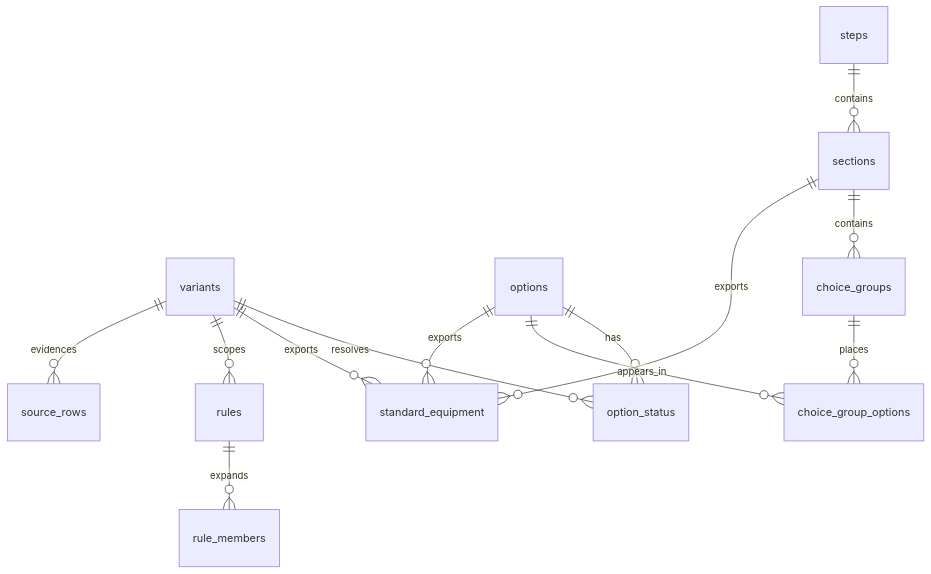
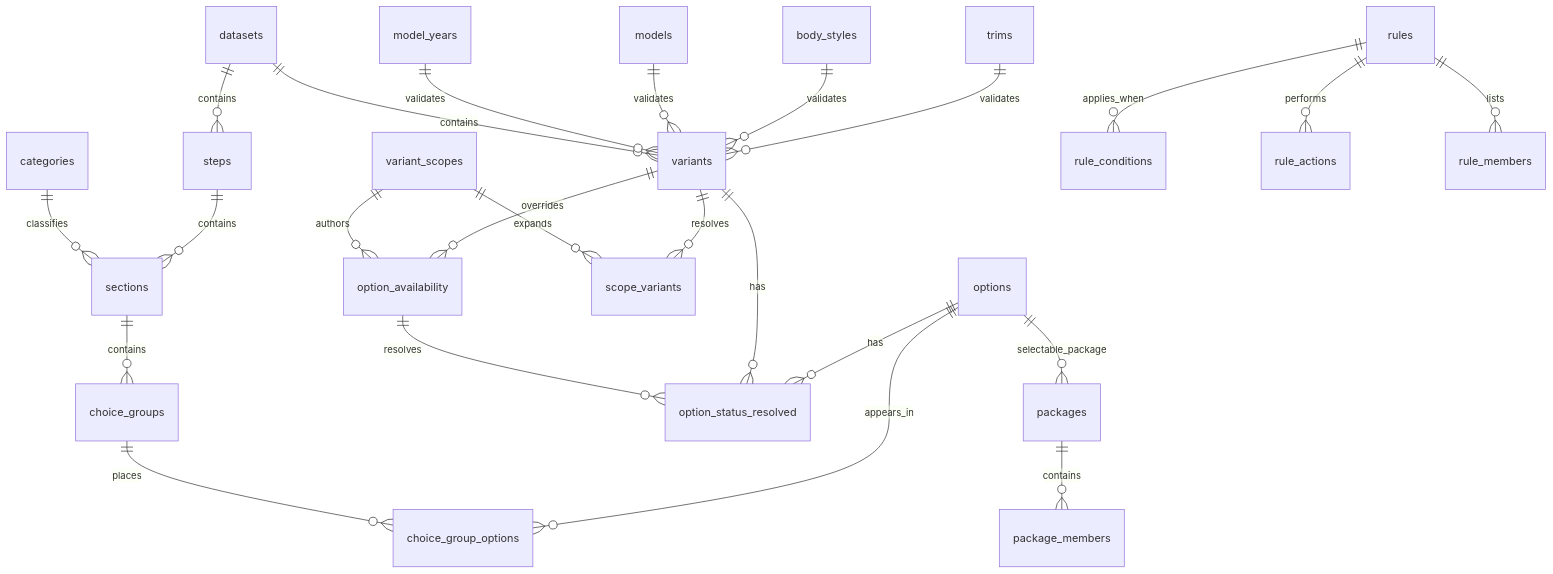
Before and after one commit to seanzmc/27vette: the diagram in schemaData/README.md, drawn with Mermaid. The commit also changed other lines of this file and 39 other files, not shown here.

First line of the commit message:
Updates schema scaffold for resolved availability model

````diff
--- a/schemaData/README.md
+++ b/schemaData/README.md
@@ -41,15 +85,26 @@
 ```mermaid
 erDiagram
-  variants ||--o{ option_status : resolves
-  options ||--o{ option_status : has
+  datasets ||--o{ variants : contains
+  model_years ||--o{ variants : validates
+  models ||--o{ variants : validates
+  body_styles ||--o{ variants : validates
+  trims ||--o{ variants : validates
+  datasets ||--o{ steps : contains
+  categories ||--o{ sections : classifies
   steps ||--o{ sections : contains
   sections ||--o{ choice_groups : contains
   choice_groups ||--o{ choice_group_options : places
   options ||--o{ choice_group_options : appears_in
-  variants ||--o{ standard_equipment : exports
-  options ||--o{ standard_equipment : exports
-  sections ||--o{ standard_equipment : exports
-  variants ||--o{ rules : scopes
-  rules ||--o{ rule_members : expands
-  variants ||--o{ source_rows : evidences
+  variant_scopes ||--o{ scope_variants : expands
+  variants ||--o{ scope_variants : resolves
+  variant_scopes ||--o{ option_availability : authors
+  variants ||--o{ option_availability : overrides
+  option_availability ||--o{ option_status_resolved : resolves
+  variants ||--o{ option_status_resolved : has
+  options ||--o{ option_status_resolved : has
+  rules ||--o{ rule_conditions : applies_when
+  rules ||--o{ rule_actions : performs
+  rules ||--o{ rule_members : lists
+  packages ||--o{ package_members : contains
+  options ||--o{ packages : selectable_package
 ```
````
